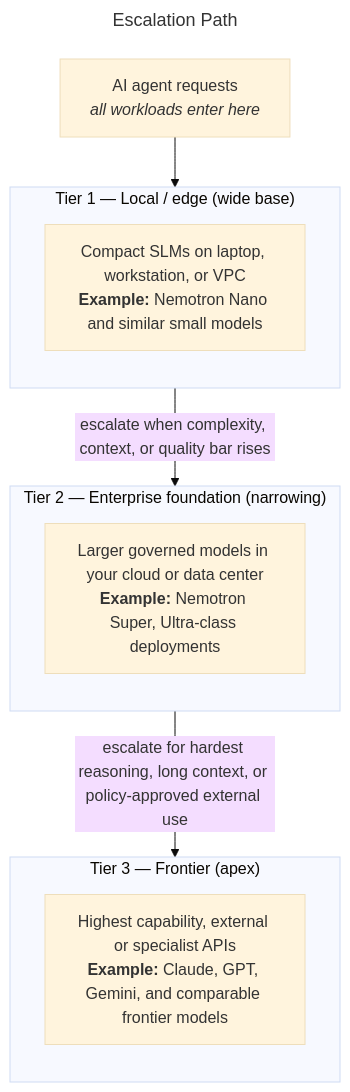
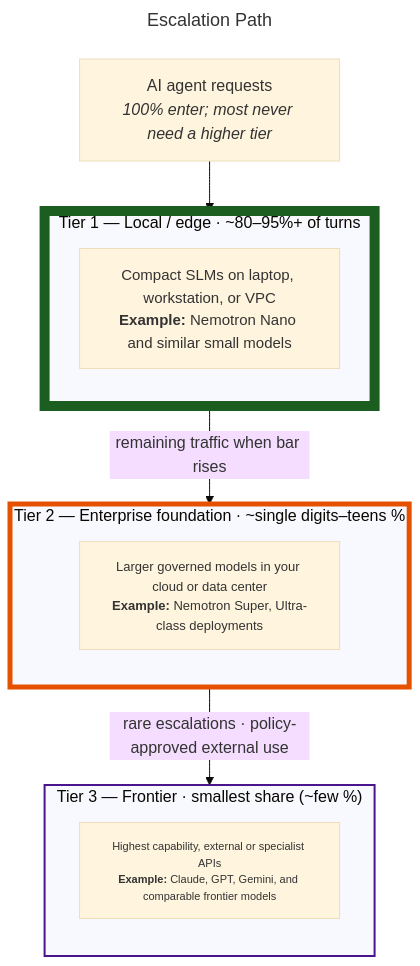
Before and after one commit to NVIDIA/nim-deploy: the diagram in cloud-service-providers/azure/workshops/cursor-dynamo/README.md, drawn with Mermaid (base theme).

Commit message:
{"request":"commit and push. serialize this request/response pair as the commit message -m","response":"Staged cloud-service-providers/azure/workshops/cursor-dynamo/README.md; committed on branch cursor-dynamo with this JSON line as the sole -m message; pushed to origin/cursor-dynamo."}

````diff
--- a/cloud-service-providers/azure/workshops/cursor-dynamo/README.md
+++ b/cloud-service-providers/azure/workshops/cursor-dynamo/README.md
@@ -1,26 +1,34 @@
 ```mermaid
 ---
 title: Escalation Path
 ---
 flowchart TB
-    REQ["AI agent requests<br/><i>all workloads enter here</i>"]
+    REQ["AI agent requests<br/><i>100% enter; most never need a higher tier</i>"]
 
-    subgraph tier1["Tier 1 — Local / edge (wide base)"]
+    subgraph tier1["Tier 1 — Local / edge · ~80–95%+ of turns"]
         direction TB
         L1["Compact SLMs on laptop, workstation, or VPC<br/><b>Example:</b> Nemotron Nano and similar small models"]
     end
 
-    subgraph tier2["Tier 2 — Enterprise foundation (narrowing)"]
+    subgraph tier2["Tier 2 — Enterprise foundation · ~single digits–teens %"]
         direction TB
         L2["Larger governed models in your cloud or data center<br/><b>Example:</b> Nemotron Super, Ultra-class deployments"]
     end
 
-    subgraph tier3["Tier 3 — Frontier (apex)"]
+    subgraph tier3["Tier 3 — Frontier · smallest share (~few %)"]
         direction TB
         L3["Highest capability, external or specialist APIs<br/><b>Example:</b> Claude, GPT, Gemini, and comparable frontier models"]
     end
 
     REQ --> tier1
-    tier1 -->|"escalate when complexity, context, or quality bar rises"| tier2
-    tier2 -->|"escalate for hardest reasoning, long context, or policy-approved external use"| tier3
+    tier1 -->|"remaining traffic when bar rises"| tier2
+    tier2 -->|"rare escalations · policy-approved external use"| tier3
+
+    style tier1 stroke-width:10px,stroke:#1b5e20
+    style tier2 stroke-width:5px,stroke:#e65100
+    style tier3 stroke-width:2px,stroke:#4a148c
+
+    style L1 font-size:15px
+    style L2 font-size:13px
+    style L3 font-size:11px
 ```
````
